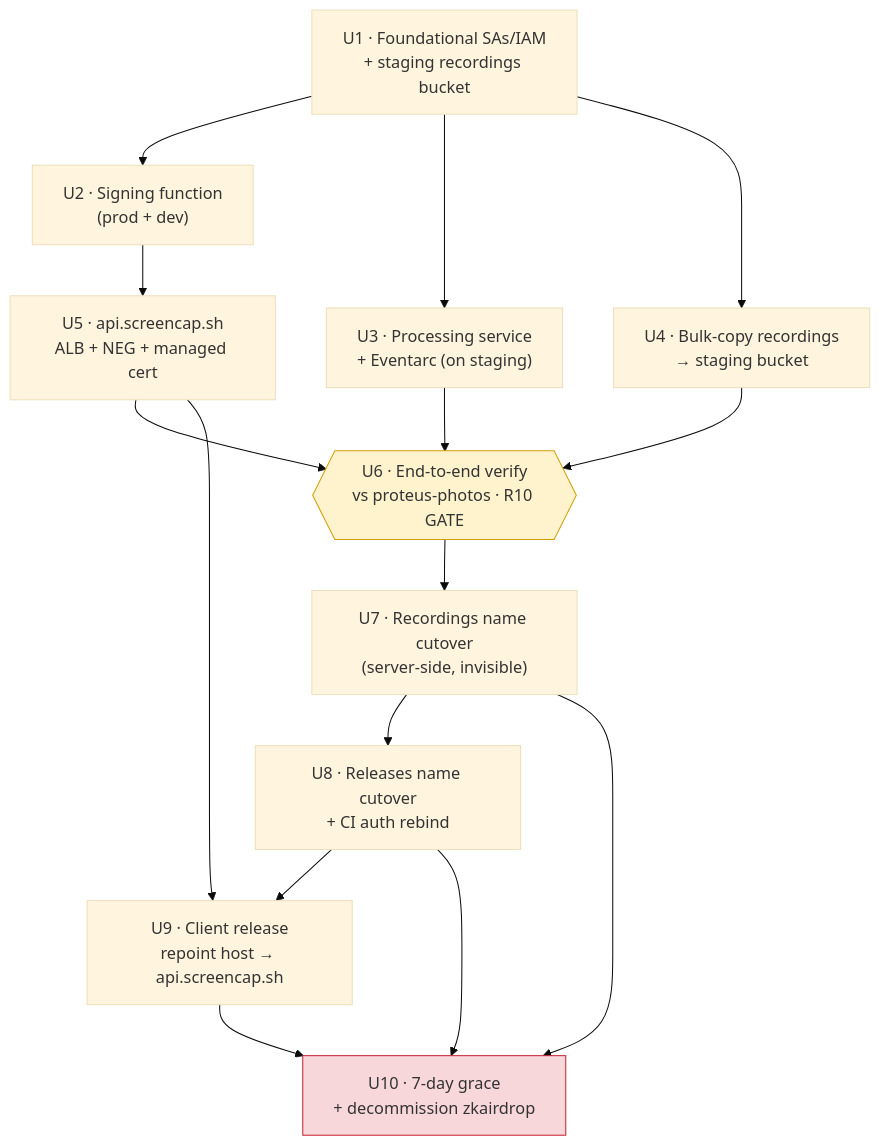
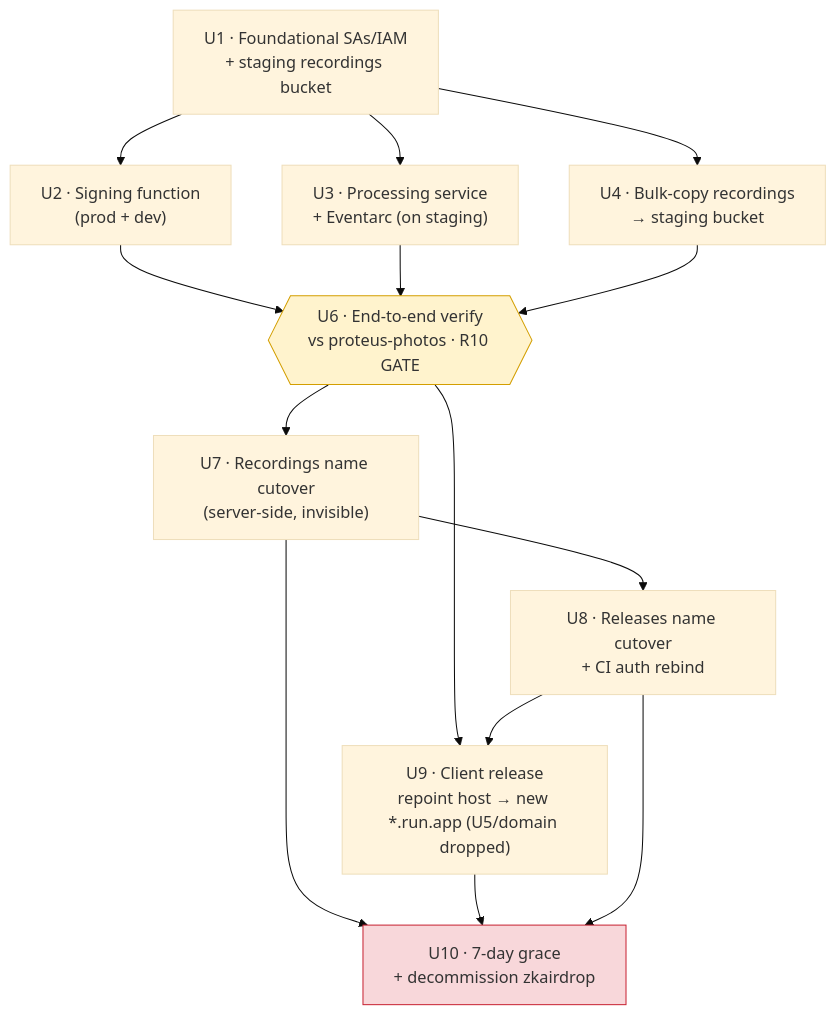
Before and after one commit to eeshsaxena/screencap: the first of 2 diagrams in docs/plans/2026-05-29-003-refactor-gcp-migration-proteus-photos-plan.md, drawn with Mermaid (base theme). The commit also changed other lines of this file, not shown here.

Commit message:
docs(migration): amend plan — drop R6/U5 (api.screencap.sh domain)

````diff
--- a/docs/plans/2026-05-29-003-refactor-gcp-migration-proteus-photos-plan.md
+++ b/docs/plans/2026-05-29-003-refactor-gcp-migration-proteus-photos-plan.md
@@ -128,20 +146,19 @@
 ```mermaid
 flowchart TD
     U1["U1 · Foundational SAs/IAM<br/>+ staging recordings bucket"] --> U2["U2 · Signing function<br/>(prod + dev)"]
     U1 --> U3["U3 · Processing service<br/>+ Eventarc (on staging)"]
     U1 --> U4["U4 · Bulk-copy recordings<br/>→ staging bucket"]
-    U2 --> U5["U5 · api.screencap.sh<br/>ALB + NEG + managed cert"]
-    U5 --> U6{{"U6 · End-to-end verify<br/>vs proteus-photos · R10 GATE"}}
+    U2 --> U6{{"U6 · End-to-end verify<br/>vs proteus-photos · R10 GATE"}}
     U3 --> U6
     U4 --> U6
     U6 --> U7["U7 · Recordings name cutover<br/>(server-side, invisible)"]
     U7 --> U8["U8 · Releases name cutover<br/>+ CI auth rebind"]
-    U5 --> U9["U9 · Client release<br/>repoint host → api.screencap.sh"]
+    U6 --> U9["U9 · Client release<br/>repoint host → new *.run.app (U5/domain dropped)"]
     U8 --> U9
     U7 --> U10["U10 · 7-day grace<br/>+ decommission zkairdrop"]
     U9 --> U10
     U8 --> U10
 
     style U6 fill:#fff3cd,stroke:#d39e00
     style U10 fill:#f8d7da,stroke:#c82333
 ```
````
